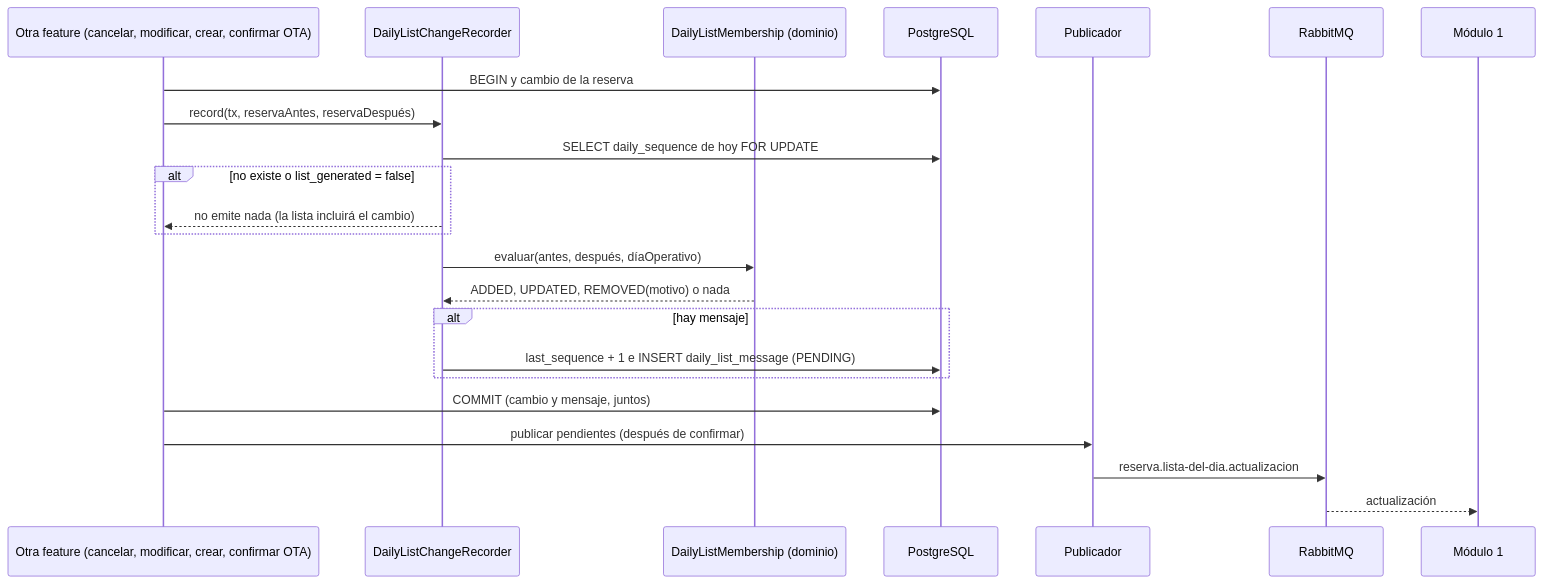
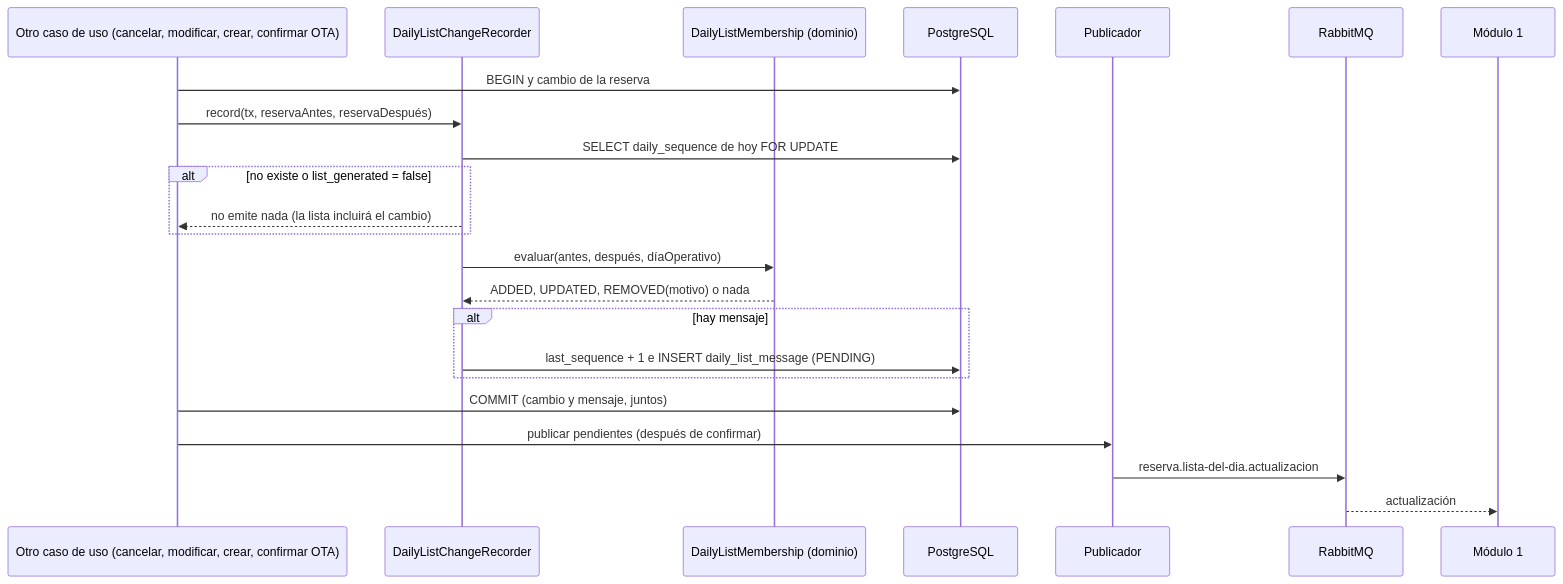
Before and after one commit to Lapicero312-lapi/HOSPITUA-MOD-2: the third of 5 diagrams in specs/check-view-reservation/plan.md, drawn with Mermaid. The commit also changed other lines of this file and 1 other file, not shown here.

First line of the commit message:
docs(specs): los planes dicen "caso de uso" en vez de "feature"

````diff
--- a/specs/check-view-reservation/plan.md
+++ b/specs/check-view-reservation/plan.md
@@ -615,26 +615,26 @@
 ```mermaid
 sequenceDiagram
-    participant F as Otra feature (cancelar, modificar, crear, confirmar OTA)
+    participant F as Otro caso de uso (cancelar, modificar, crear, confirmar OTA)
     participant R as DailyListChangeRecorder
     participant D as DailyListMembership (dominio)
     participant DB as PostgreSQL
     participant P as Publicador
     participant MQ as RabbitMQ
     participant M1 as Módulo 1
 
     F->>DB: BEGIN y cambio de la reserva
     F->>R: record(tx, reservaAntes, reservaDespués)
     R->>DB: SELECT daily_sequence de hoy FOR UPDATE
     alt no existe o list_generated = false
         R-->>F: no emite nada (la lista incluirá el cambio)
     end
     R->>D: evaluar(antes, después, díaOperativo)
     D-->>R: ADDED, UPDATED, REMOVED(motivo) o nada
     alt hay mensaje
         R->>DB: last_sequence + 1 e INSERT daily_list_message (PENDING)
     end
     F->>DB: COMMIT (cambio y mensaje, juntos)
     F->>P: publicar pendientes (después de confirmar)
     P->>MQ: reserva.lista-del-dia.actualizacion
     MQ-->>M1: actualización
 ```
````
